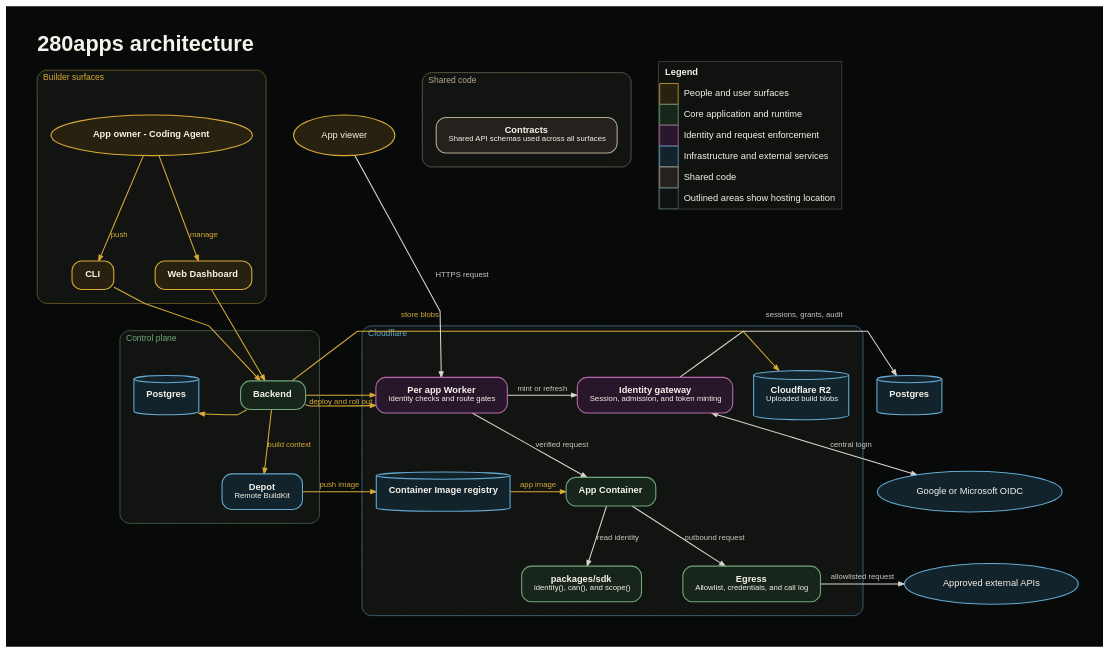
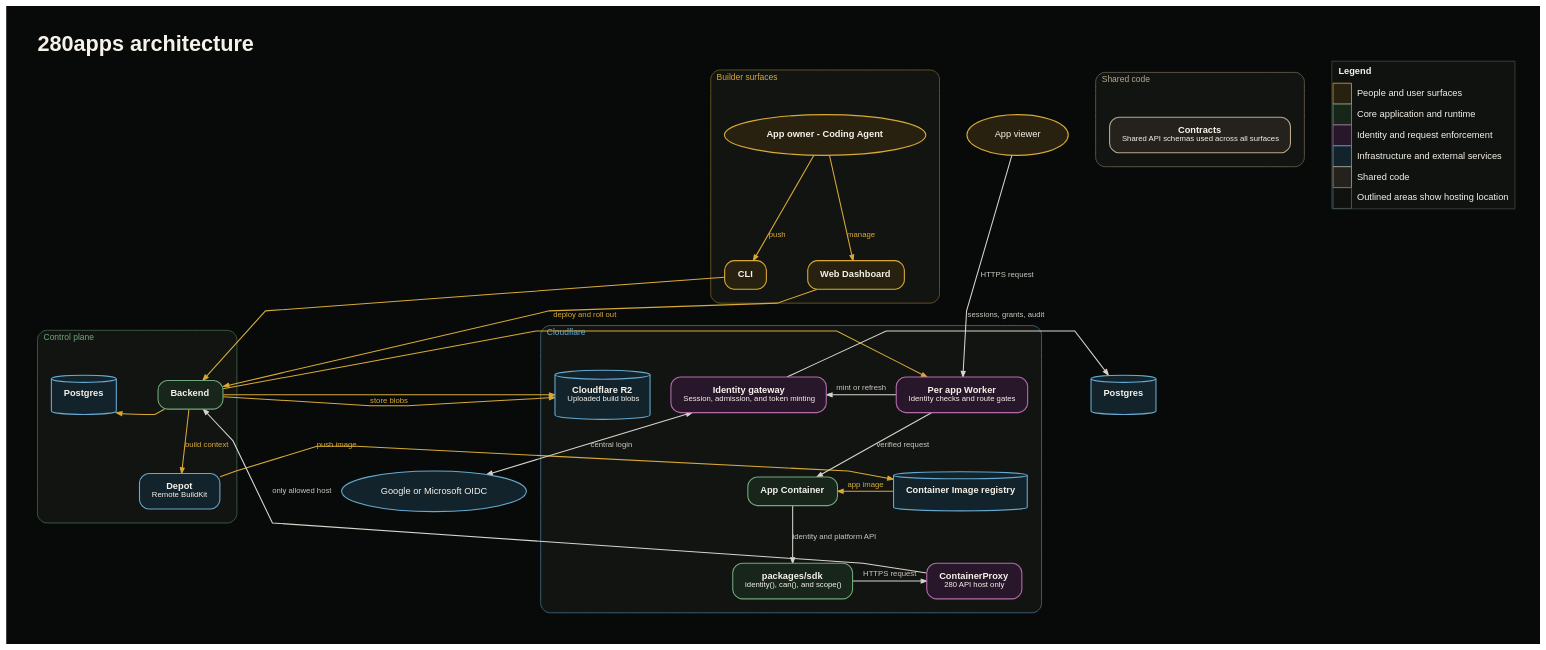
One commit to kadimula/280apps changed the diagram in docs/architecture.dot. Above: the diagram before and after it, drawn with Graphviz. The commit also changed 77 other files, not shown here.

Commit message:
refactor: route container output through SDK API

```diff
--- a/docs/architecture.dot
+++ b/docs/architecture.dot
@@ -127,17 +127,11 @@
     fillcolor="#17251A"
     color="#70A87B"
   ]
-  egress [
-    label=<<B>Egress</B><BR/><FONT POINT-SIZE="10">Allowlist, credentials, and call log</FONT>>
-    URL="../packages/egress/"
-    fillcolor="#17251A"
-    color="#70A87B"
-  ]
-  apis [
-    label="Approved external APIs"
-    shape=oval
-    fillcolor="#12232C"
-    color="#65A9D0"
+  boundary [
+    label=<<B>ContainerProxy</B><BR/><FONT POINT-SIZE="10">280 API host only</FONT>>
+    URL="../platform/appcontainer/"
+    fillcolor="#28172A"
+    color="#B56BAA"
   ]
 
   contracts [
@@ -204,7 +198,7 @@
     gateway
     container
     sdk
-    egress
+    boundary
   }
 
   postgres_gateway [
@@ -230,7 +224,7 @@
   { rank=same; cli; dashboard }
   { rank=same; postgres; backend; r2; worker; gateway; postgres_gateway }
   { rank=same; depot; registry; container; oidc }
-  { rank=same; sdk; egress; apis }
+  { rank=same; sdk; boundary }
 
   actor -> cli [label="push", color="#D8AA35", fontcolor="#D8AA35"]
   actor -> dashboard [label="manage", color="#D8AA35", fontcolor="#D8AA35"]
@@ -248,9 +242,9 @@
   gateway -> postgres_gateway [label="sessions, grants, audit", constraint=false]
   gateway -> oidc [dir=both, label="central login"]
   worker -> container [label="verified request"]
-  container -> sdk [label="read identity"]
-  container -> egress [label="outbound request"]
-  egress -> apis [label="allowlisted request"]
+  container -> sdk [label="identity and platform API"]
+  sdk -> boundary [label="HTTPS request"]
+  boundary -> backend [label="only allowed host", constraint=false]
 
   actor -> viewer [style=invis, weight=20]
   viewer -> contracts [style=invis, weight=20]
@@ -259,5 +253,4 @@
   postgres -> backend [style=invis, weight=20]
   backend -> r2 [style=invis, weight=20]
   registry -> viewer [style=invis, weight=20]
-  sdk -> egress [style=invis, weight=20]
 }
```
